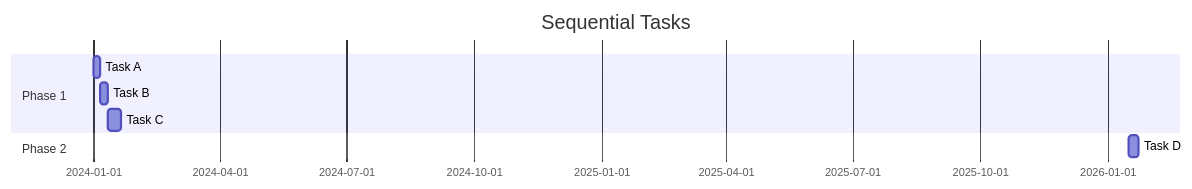
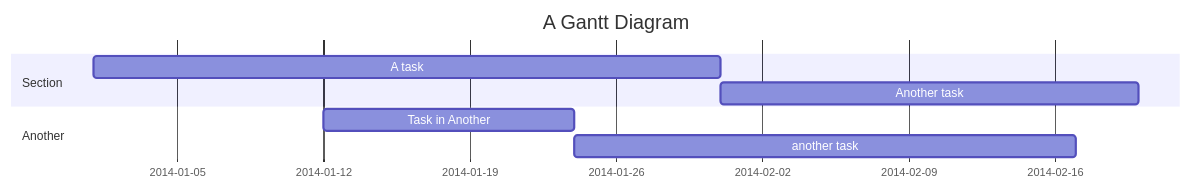
One commit to teachingai/full-stack-skills changed the ninth of 12 diagrams in skills/mermaid/examples/gantt.md. Above: the diagram before and after it, drawn with Mermaid. The commit also changed other lines of this file and 1 other file, not shown here.

First line of the commit message:
docs(mermaid): 更新甘特图和Git图表示例文档

````diff
--- a/skills/mermaid/examples/gantt.md
+++ b/skills/mermaid/examples/gantt.md
@@ -116,11 +159,12 @@
 ```mermaid
 gantt
-    title Sequential Tasks
+    title A Gantt Diagram
+    %% This is a comment
     dateFormat YYYY-MM-DD
-    section Phase 1
-    Task A :2024-01-01, 5d
-    Task B :5d
-    Task C :10d
-    section Phase 2
-    Task D :after Task C, 7d
+    section Section
+        A task          :a1, 2014-01-01, 30d
+        Another task    :after a1, 20d
+    section Another
+        Task in Another :2014-01-12, 12d
+        another task    :24d
 ```
````
